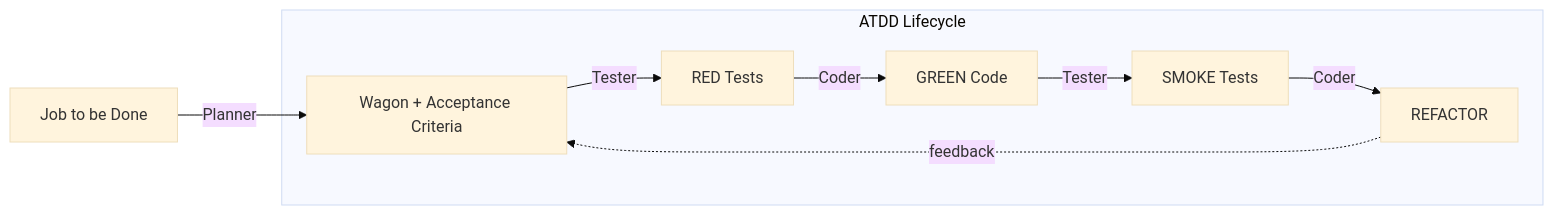
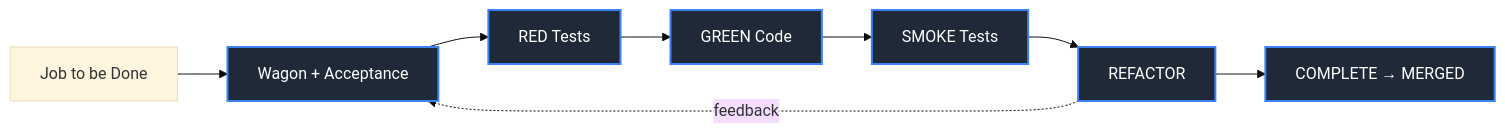
Before and after one commit to afokapu/atdd: the first of 4 diagrams in README.md, drawn with Mermaid (base theme). The commit also changed other lines of this file and 1 other file, not shown here.

````diff
--- a/README.md
+++ b/README.md
@@ -7,17 +7,12 @@
 ```mermaid
 flowchart LR
-    A[Job to be Done] -->|Planner| B[Wagon + Acceptance Criteria]
-    B -->|Tester| C[RED Tests]
-    C -->|Coder| D[GREEN Code]
-    D -->|Tester| F[SMOKE Tests]
-    F -->|Coder| E[REFACTOR]
+    A[Job to be Done] --> B[Wagon + Acceptance]
+    B --> C[RED Tests]
+    C --> D[GREEN Code]
+    D --> F[SMOKE Tests]
+    F --> E[REFACTOR]
+    E --> COMPLETE[COMPLETE → MERGED]
     E -.->|feedback| B
-
-    subgraph "ATDD Lifecycle"
-        B
-        C
-        D
-        F
-        E
-    end
+    classDef phase fill:#1f2937,color:#fff,stroke:#3b82f6,stroke-width:2px
+    class B,C,D,F,E,COMPLETE phase
 ```
````
